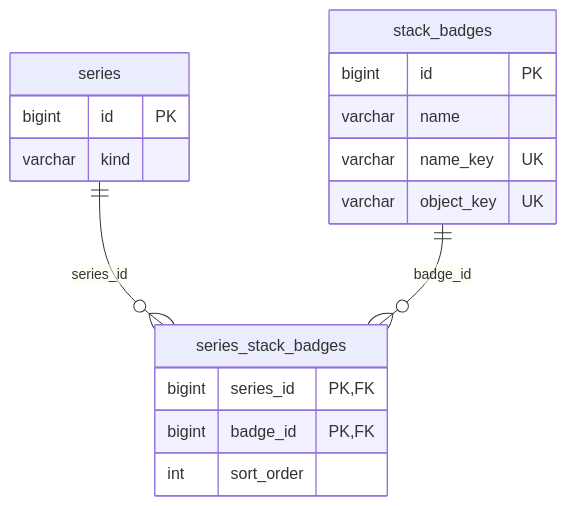
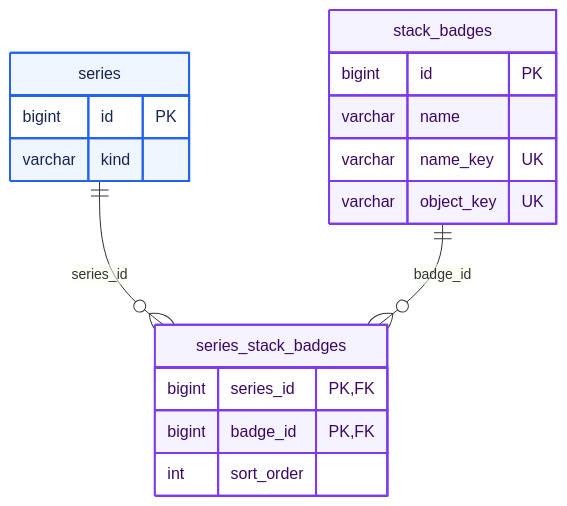
One commit to gjaku1031/ken-blog changed the third of 4 diagrams in content/posts/post-f9235d74-4d5b-4705-8f59-ba3511bd50e9.md. Above: the diagram before and after it, drawn with Mermaid. The commit also changed other lines of this file and 3 other files, not shown here.

Commit message:
feat: add full ERD with role colors and theme-aware rendering

````diff
--- a/content/posts/post-f9235d74-4d5b-4705-8f59-ba3511bd50e9.md
+++ b/content/posts/post-f9235d74-4d5b-4705-8f59-ba3511bd50e9.md
@@ -104,21 +228,25 @@
 ```mermaid
 erDiagram
     direction TB
     series ||--o{ series_stack_badges : series_id
     stack_badges ||--o{ series_stack_badges : badge_id
     series {
         bigint id PK
         varchar kind
     }
     series_stack_badges {
         bigint series_id PK, FK
         bigint badge_id PK, FK
         int sort_order
     }
     stack_badges {
         bigint id PK
         varchar name
         varchar name_key UK
         varchar object_key UK
     }
+    classDef content fill:#eff6ff,stroke:#2563eb,color:#172554,stroke-width:2px
+    classDef stack fill:#f5f3ff,stroke:#7c3aed,color:#3b0764,stroke-width:2px
+    class series content
+    class series_stack_badges,stack_badges stack
 ```
````
